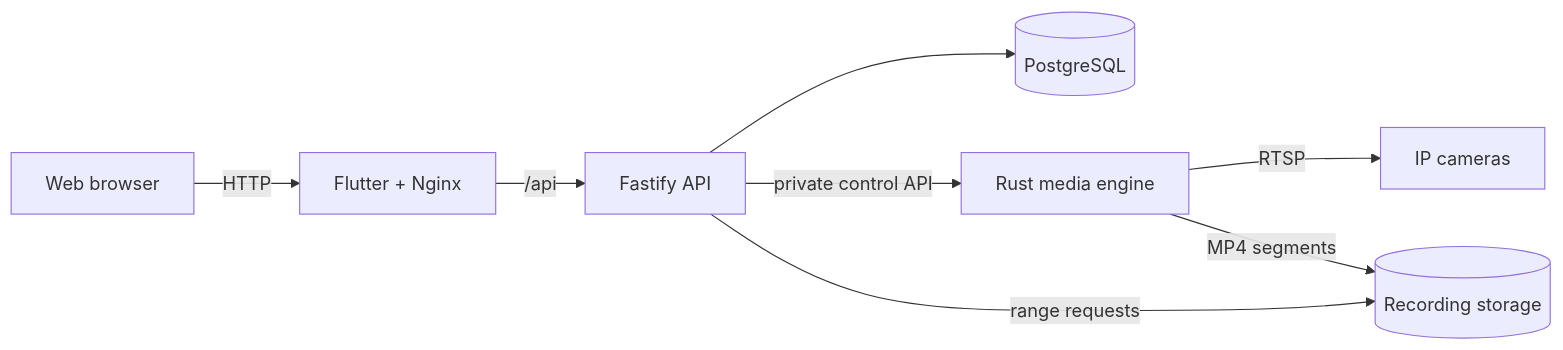
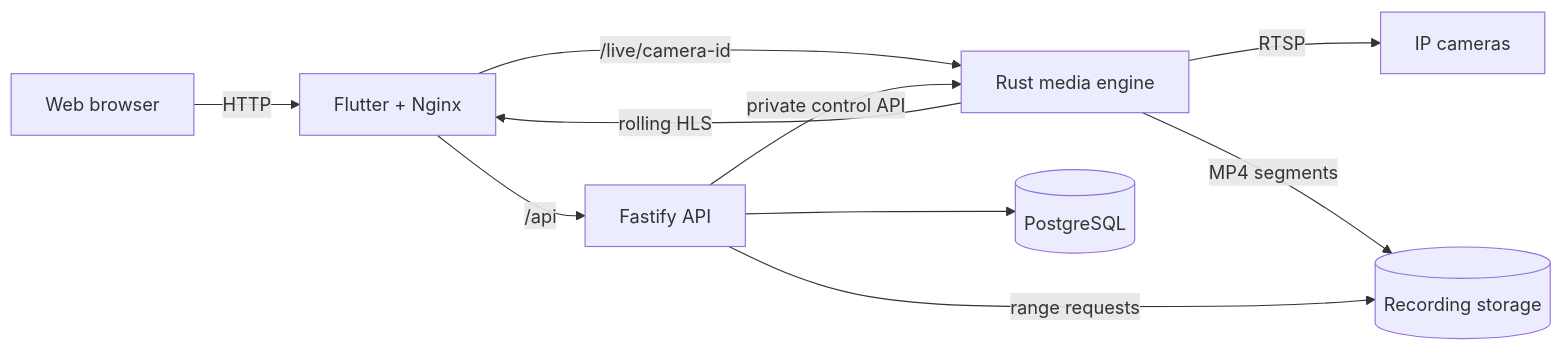
Before and after one commit to prinako/aegivue: the diagram in README.md, drawn with Mermaid. The commit also changed other lines of this file, not shown here.

First line of the commit message:
docs: update README to reflect new features and improvements in live preview and camera configuration

````diff
--- a/README.md
+++ b/README.md
@@ -98,10 +101,12 @@
 ```mermaid
 flowchart LR
     Browser[Web browser] -->|HTTP| Web[Flutter + Nginx]
     Web -->|/api| API[Fastify API]
+    Web -->|/live/camera-id| Media[Rust media engine]
     API --> DB[(PostgreSQL)]
-    API -->|private control API| Media[Rust media engine]
+    API -->|private control API| Media
     Media -->|RTSP| Cameras[IP cameras]
+    Media -->|rolling HLS| Web
     Media -->|MP4 segments| Storage[(Recording storage)]
     API -->|range requests| Storage
 ```
````
